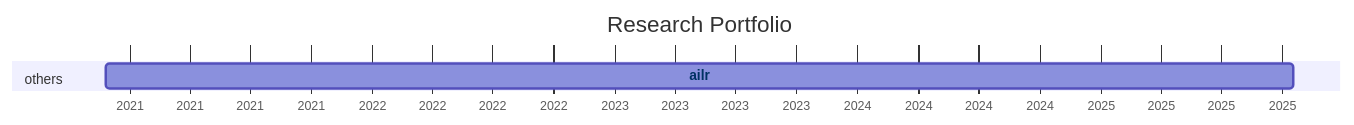
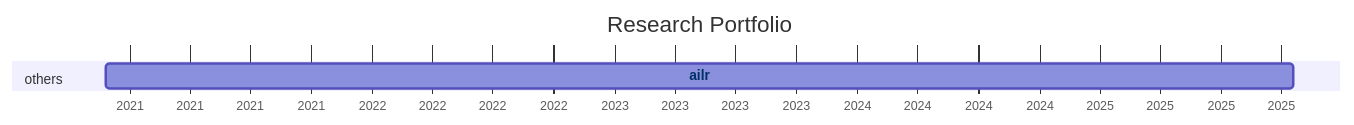
One commit to digital-work-lab/handbook changed the diagram in docs/20-research/25-projects-gantt.md. Above: the diagram before and after it, drawn with Mermaid. The commit also changed 1 other file, not shown here.

Commit message:
Update repository overview

````diff
--- a/docs/20-research/25-projects-gantt.md
+++ b/docs/20-research/25-projects-gantt.md
@@ -8,21 +8,21 @@
 ```mermaid
 ---
 displayMode: compact
 ---
 gantt
 title Research Portfolio
 dateFormat YYYY-MM-DD
 axisFormat %Y
 
     section work_practices
 
     section distributed_organizing
 
     section knowledge_synthesis
 
     section others
-        ailr :ailr, 2020-11-26, 2025-10-18
+        ailr :ailr, 2020-11-26, 2025-10-19
 
 
     click ailr href "{{ site.baseurl }}/docs/10-lab/18-resources/ailr.html"
 ```
````
